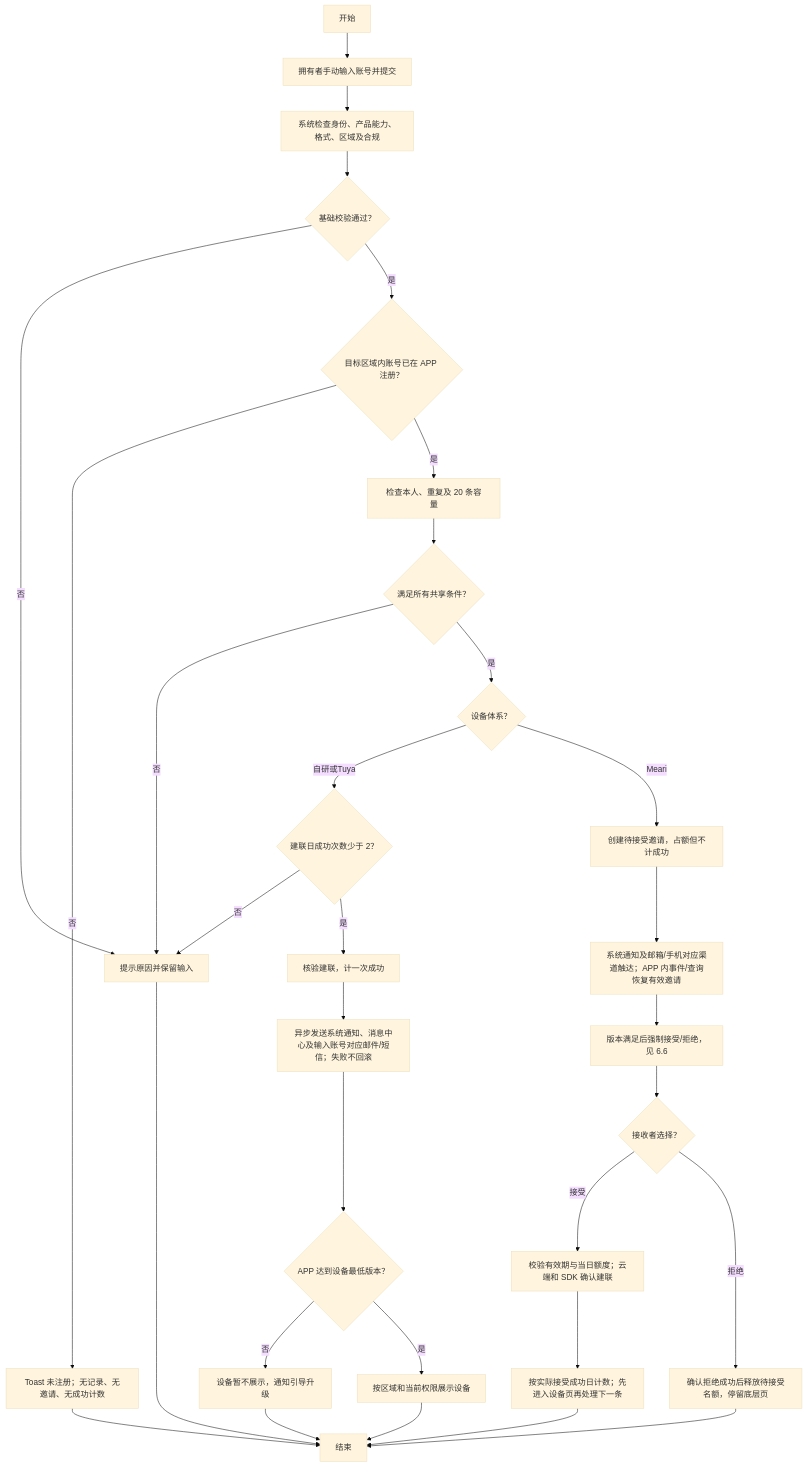
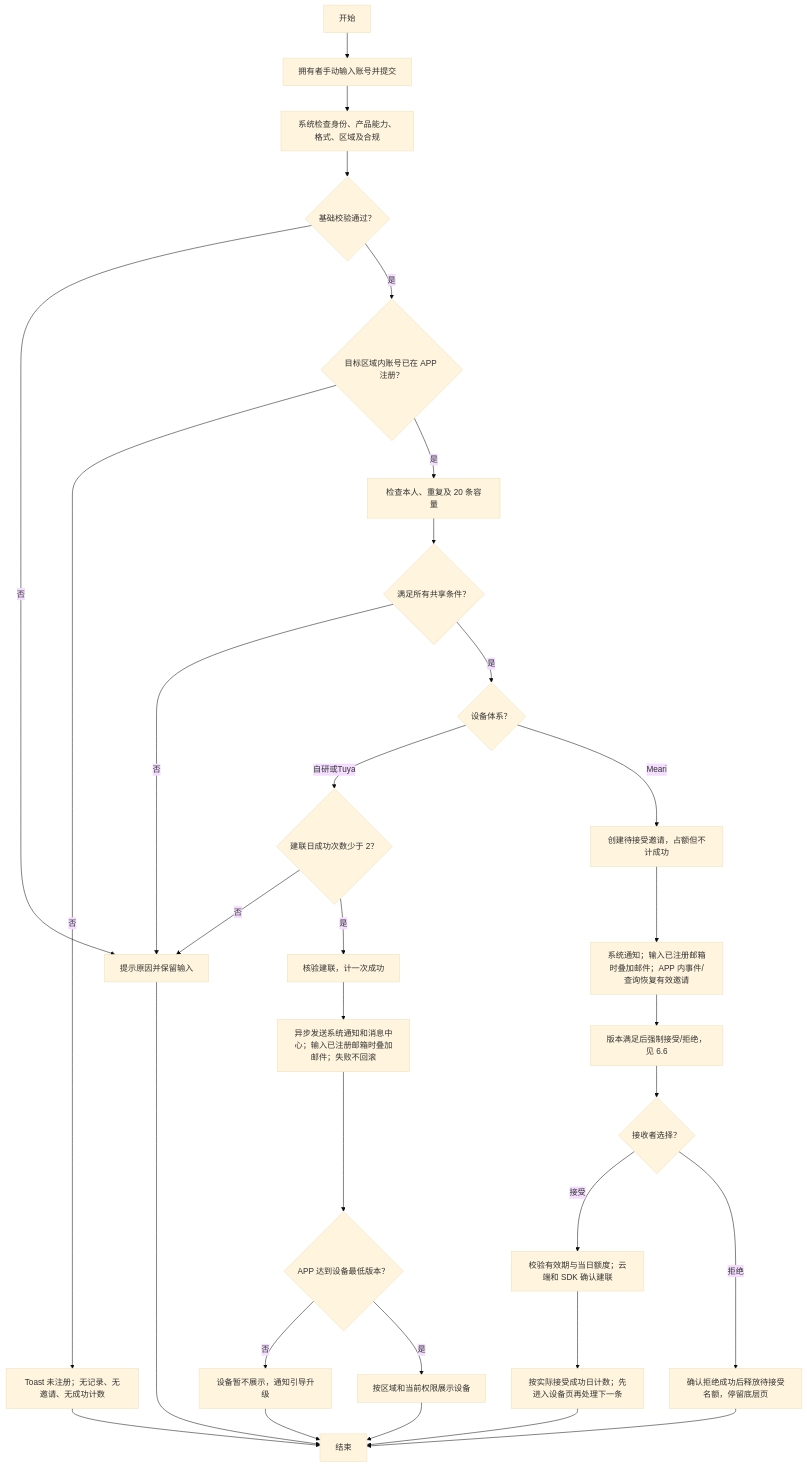
Before and after one commit to HawZZ/root-interactivable-prototype: the second of 2 diagrams in prototypes/device-sharing-phase-2/prd.md, drawn with Mermaid (base theme). The commit also changed other lines of this file and 5 other files, not shown here.

````diff
--- a/prototypes/device-sharing-phase-2/prd.md
+++ b/prototypes/device-sharing-phase-2/prd.md
@@ -114,33 +115,33 @@
 ```mermaid
 flowchart TD
   A["开始"] --> B["拥有者手动输入账号并提交"]
   B --> C["系统检查身份、产品能力、格式、区域及合规"]
   C --> D{"基础校验通过？"}
   D -- 否 --> X["提示原因并保留输入"]
   D -- 是 --> E{"目标区域内账号已在 APP 注册？"}
   E -- 否 --> F["Toast 未注册；无记录、无邀请、无成功计数"]
   E -- 是 --> G["检查本人、重复及 20 条容量"]
   G --> H{"满足所有共享条件？"}
   H -- 否 --> X
   H -- 是 --> V{"设备体系？"}
   V -- 自研或Tuya --> DQ{"建联日成功次数少于 2？"}
   DQ -- 否 --> X
   DQ -- 是 --> I["核验建联，计一次成功"]
   V -- Meari --> P["创建待接受邀请，占额但不计成功"]
-  P --> Q["系统通知及邮箱/手机对应渠道触达；APP 内事件/查询恢复有效邀请"]
+  P --> Q["系统通知；输入已注册邮箱时叠加邮件；APP 内事件/查询恢复有效邀请"]
   Q --> R["版本满足后强制接受/拒绝，见 6.6"]
   R --> T{"接收者选择？"}
   T -- 接受 --> U["校验有效期与当日额度；云端和 SDK 确认建联"]
   U --> N["按实际接受成功日计数；先进入设备页再处理下一条"]
   N --> Z
   T -- 拒绝 --> W["确认拒绝成功后释放待接受名额，停留底层页"]
   W --> Z
-  I --> J["异步发送系统通知、消息中心及输入账号对应邮件/短信；失败不回滚"]
+  I --> J["异步发送系统通知和消息中心；输入已注册邮箱时叠加邮件；失败不回滚"]
   J --> K{"APP 达到设备最低版本？"}
   K -- 否 --> L["设备暂不展示，通知引导升级"]
   K -- 是 --> M["按区域和当前权限展示设备"]
   L --> Z["结束"]
   M --> Z
   X --> Z
   F --> Z
 ```
````
